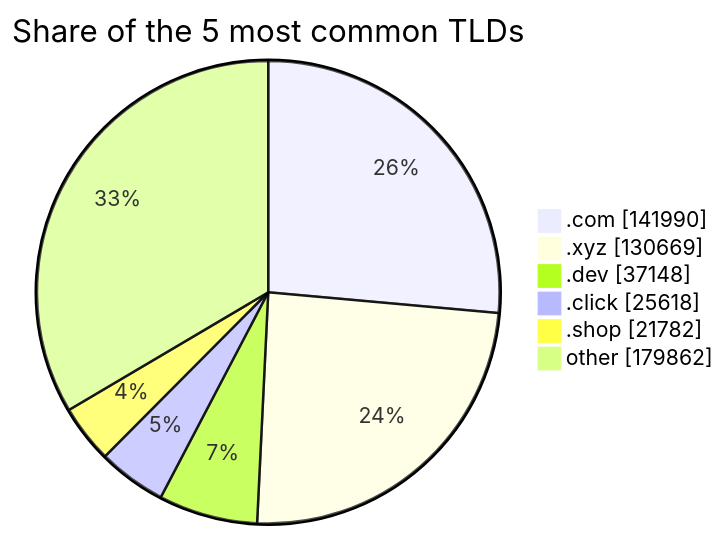
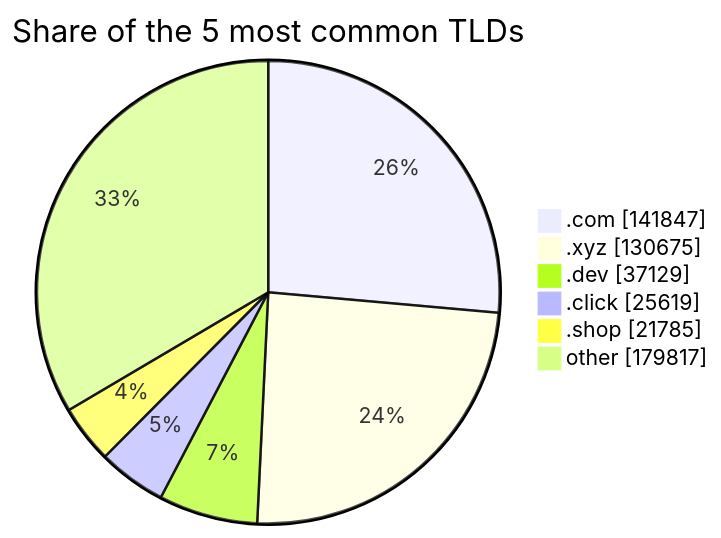
One commit to DNSBunker/CTI changed the third of 3 diagrams in README.md. Above: the diagram before and after it, drawn with Mermaid. The commit also changed other lines of this file and 3 other files, not shown here.

````diff
--- a/README.md
+++ b/README.md
@@ -81,9 +81,9 @@
 ```mermaid
 pie showData title Share of the 5 most common TLDs
-    ".com" : 141990
-    ".xyz" : 130669
-    ".dev" : 37148
-    ".click" : 25618
-    ".shop" : 21782
-    "other" : 179862
+    ".com" : 141847
+    ".xyz" : 130675
+    ".dev" : 37129
+    ".click" : 25619
+    ".shop" : 21785
+    "other" : 179817
 ```
````
